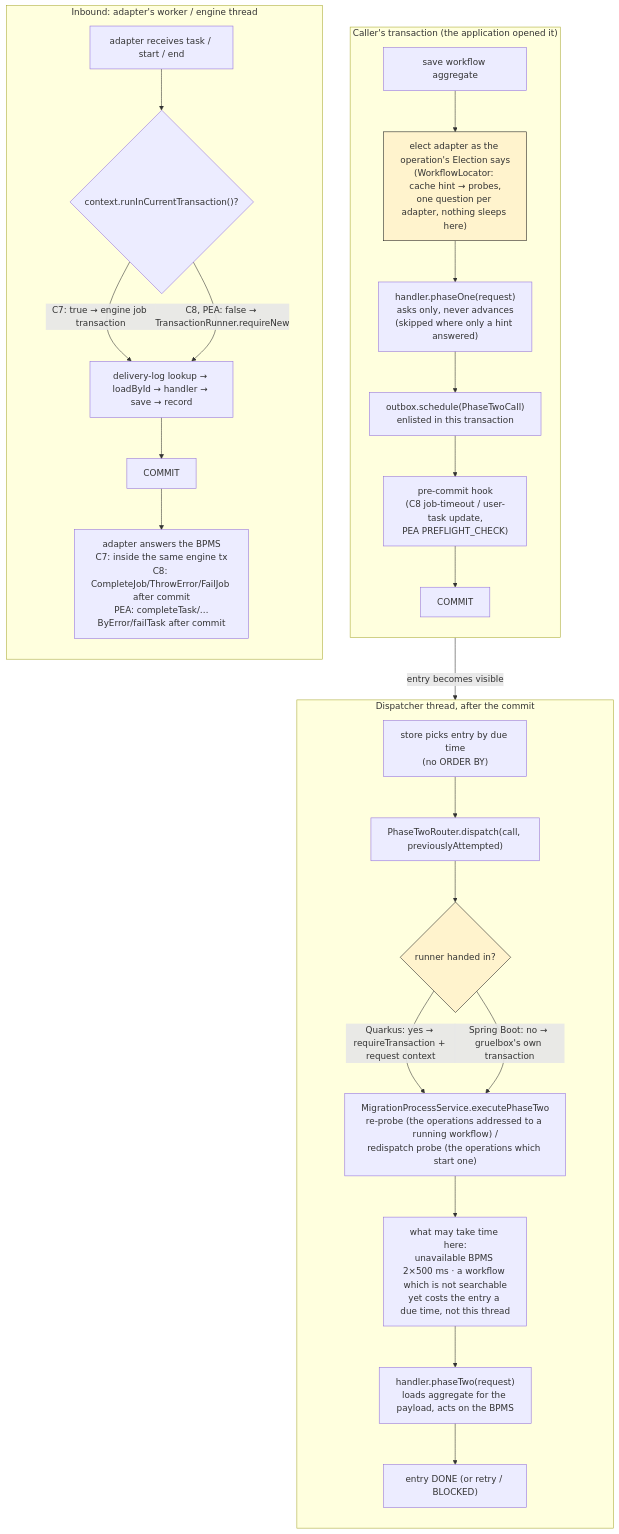
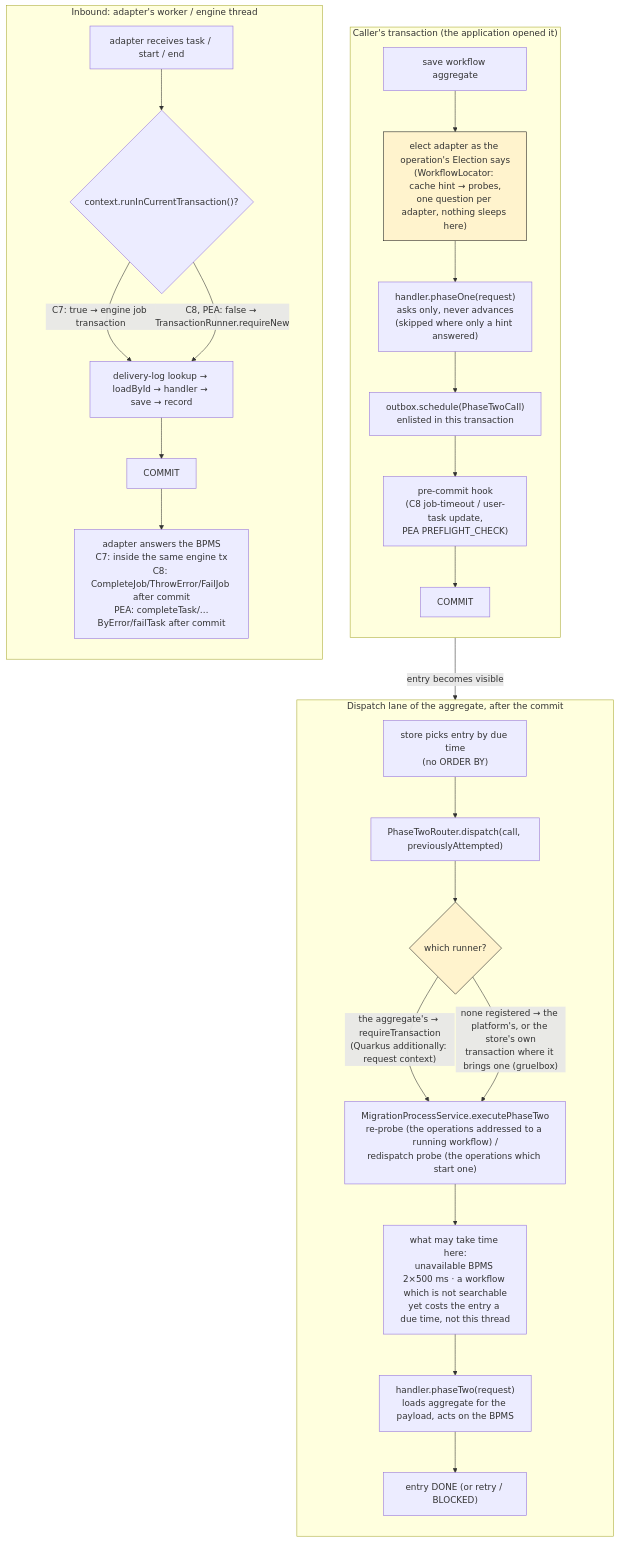
One commit to vanillabp/adapter-platform-integration changed diagram 15 of 15 in migration-adapter/README.md. Above: the diagram before and after it, drawn with Mermaid. The commit also changed other lines of this file and 51 other files, not shown here.

First line of the commit message:
feat: Spring Boot writes its outbox itself

````diff
--- a/migration-adapter/README.md
+++ b/migration-adapter/README.md
@@ -3054,37 +3084,37 @@
 ```mermaid
 flowchart TB
   subgraph CALLER["Caller's transaction (the application opened it)"]
     direction TB
     A1["save workflow aggregate"] --> A2["elect adapter as the operation's Election says<br/>(WorkflowLocator: cache hint → probes,<br/>one question per adapter, nothing sleeps here)"]
     A2 --> A3["handler.phaseOne(request)<br/>asks only, never advances<br/>(skipped where only a hint answered)"]
     A3 --> A4["outbox.schedule(PhaseTwoCall)<br/>enlisted in this transaction"]
     A4 --> A5["pre-commit hook<br/>(C8 job-timeout / user-task update,<br/>PEA PREFLIGHT_CHECK)"]
     A5 --> C["COMMIT"]
   end
 
   C -->|"entry becomes visible"| D0
 
-  subgraph DISPATCH["Dispatcher thread, after the commit"]
+  subgraph DISPATCH["Dispatch lane of the aggregate, after the commit"]
     direction TB
     D0["store picks entry by due time<br/>(no ORDER BY)"] --> D1["PhaseTwoRouter.dispatch(call, previouslyAttempted)"]
-    D1 --> D2{"runner handed in?"}
-    D2 -->|"Quarkus: yes → requireTransaction + request context"| D3["MigrationProcessService.executePhaseTwo<br/>re-probe (the operations addressed to a running workflow) /<br/>redispatch probe (the operations which start one)"]
-    D2 -->|"Spring Boot: no → gruelbox's own transaction"| D3
+    D1 --> D2{"which runner?"}
+    D2 -->|"the aggregate's → requireTransaction<br/>(Quarkus additionally: request context)"| D3["MigrationProcessService.executePhaseTwo<br/>re-probe (the operations addressed to a running workflow) /<br/>redispatch probe (the operations which start one)"]
+    D2 -->|"none registered → the platform's, or the store's own<br/>transaction where it brings one (gruelbox)"| D3
     D3 --> D3a["what may take time here:<br/>unavailable BPMS 2×500 ms · a workflow which is not searchable<br/>yet costs the entry a due time, not this thread"]
     D3a --> D4["handler.phaseTwo(request)<br/>loads aggregate for the payload, acts on the BPMS"]
     D4 --> D5["entry DONE (or retry / BLOCKED)"]
   end
 
   subgraph INBOUND["Inbound: adapter's worker / engine thread"]
     direction TB
     I0["adapter receives task / start / end"] --> I1{"context.runInCurrentTransaction()?"}
     I1 -->|"C7: true → engine job transaction"| I2
     I1 -->|"C8, PEA: false → TransactionRunner.requireNew"| I2
     I2["delivery-log lookup → loadById → handler → save → record"] --> I3["COMMIT"]
     I3 --> I4["adapter answers the BPMS<br/>C7: inside the same engine tx<br/>C8: CompleteJob/ThrowError/FailJob after commit<br/>PEA: completeTask/…ByError/failTask after commit"]
   end
 
   classDef tx fill:#e6f0ff,stroke:#1e1e1e;
   classDef warn fill:#fff3cd,stroke:#1e1e1e;
   class A2,D2 warn;
 ```
````
